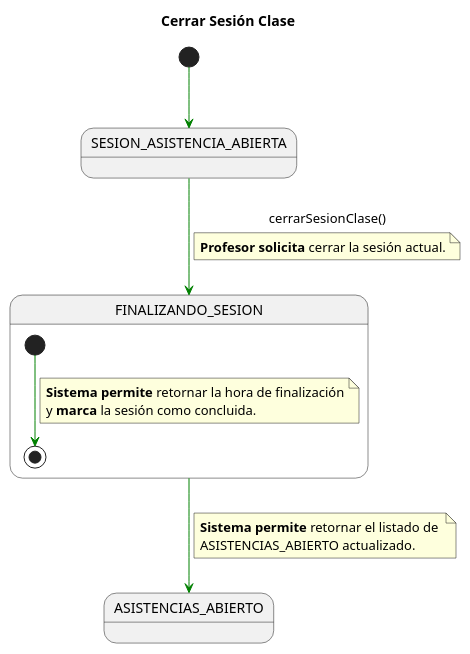
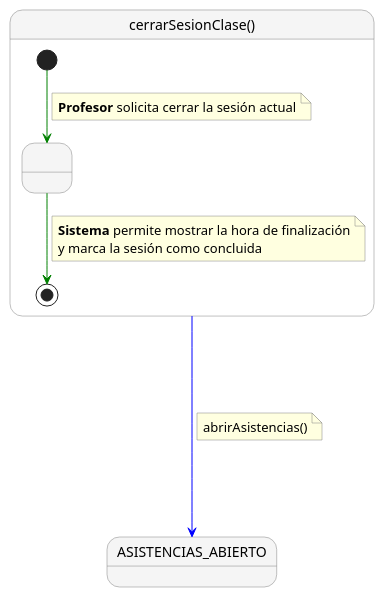
Before and after one commit to enmabry/25-26-IdSw1-SdR: the diagram in documents/CasosDeUso/DetalladoCasosDeUso/Profesor/cerrarSesionClase.puml, drawn with PlantUML. The commit also changed 72 other files, not shown here.

Commit message:
Cambios cruciales en los casos de uso, su detallado, y se agrego un diagrama de contexto en formato "dashboard"

```diff
--- a/documents/CasosDeUso/DetalladoCasosDeUso/Profesor/cerrarSesionClase.puml
+++ b/documents/CasosDeUso/DetalladoCasosDeUso/Profesor/cerrarSesionClase.puml
@@ -1,33 +1,32 @@
 @startuml
-title Cerrar Sesión Clase
+skinparam nodesep 60
+skinparam ranksep 60
 skinparam linetype polyline
+skinparam NoteBackgroundColor lightyellow
+skinparam NoteBorderColor gray
+skinparam StateBackgroundColor #F5F5F5
+skinparam StateBorderColor gray
 
-state SESION_ACTUAL_INICIAL as "SESION_ASISTENCIA_ABIERTA"
-state PROCESO_CIERRE_COMP   as "FINALIZANDO_SESION"
-state ASISTENCIAS_FINAL     as "ASISTENCIAS_ABIERTO"
+state "cerrarSesionClase()" as cerrarSesionClase {
+    state " " as Paso1
 
-[*] -[#green]-> SESION_ACTUAL_INICIAL
-
-SESION_ACTUAL_INICIAL -[#green]-> PROCESO_CIERRE_COMP : cerrarSesionClase()
-note on link
-<b>Profesor solicita</b> cerrar la sesión actual.
-end note
-
-state PROCESO_CIERRE_COMP {
-
-
-    [*] -[#green]-> [*]
+    [*] -[#green]-> Paso1
     note on link
-    <b>Sistema permite</b> retornar la hora de finalización
-    y <b>marca</b> la sesión como concluida.
+      <b>Profesor</b> solicita cerrar la sesión actual
     end note
 
+    Paso1 -[#green]-> [*]
+    note on link
+      <b>Sistema</b> permite mostrar la hora de finalización
+      y marca la sesión como concluida
+    end note
 }
 
-PROCESO_CIERRE_COMP -[#green]-> ASISTENCIAS_FINAL
-note on link
-<b>Sistema permite</b> retornar el listado de 
-ASISTENCIAS_ABIERTO actualizado.
+state "ASISTENCIAS_ABIERTO" as ASISTENCIAS_ABIERTO
+
+cerrarSesionClase -[#blue]---> ASISTENCIAS_ABIERTO
+note right on link
+  abrirAsistencias()
 end note
 
 @enduml
```
